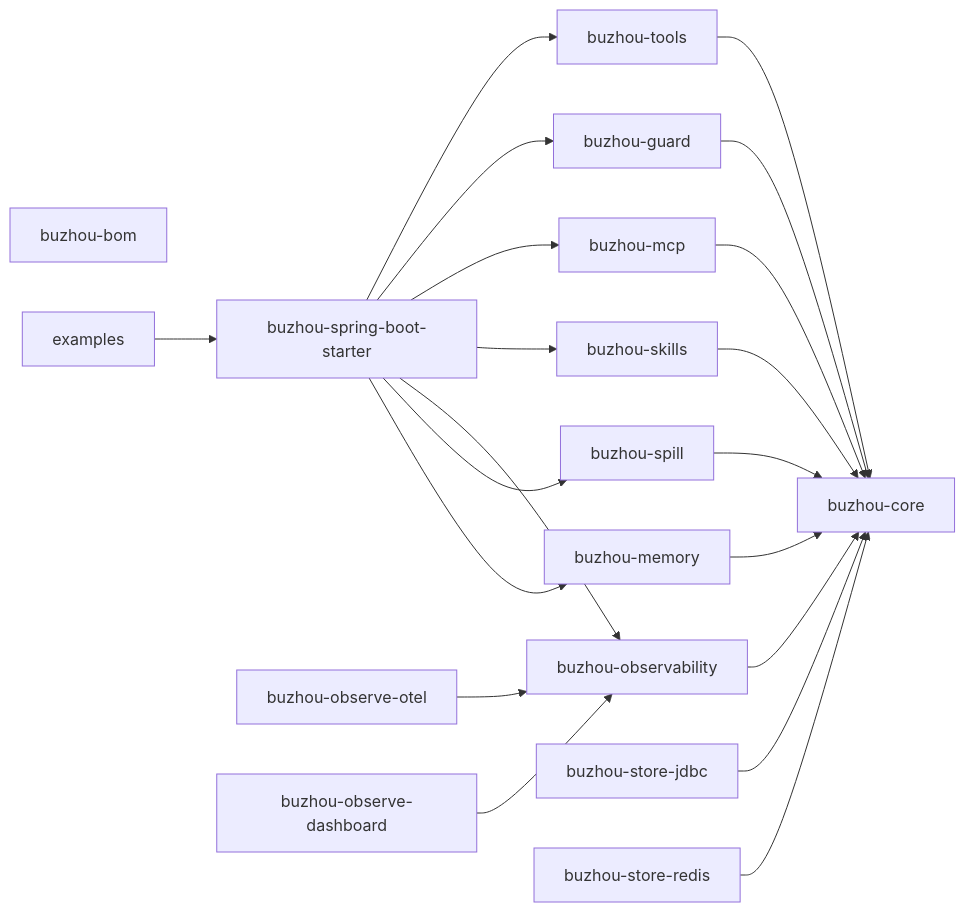
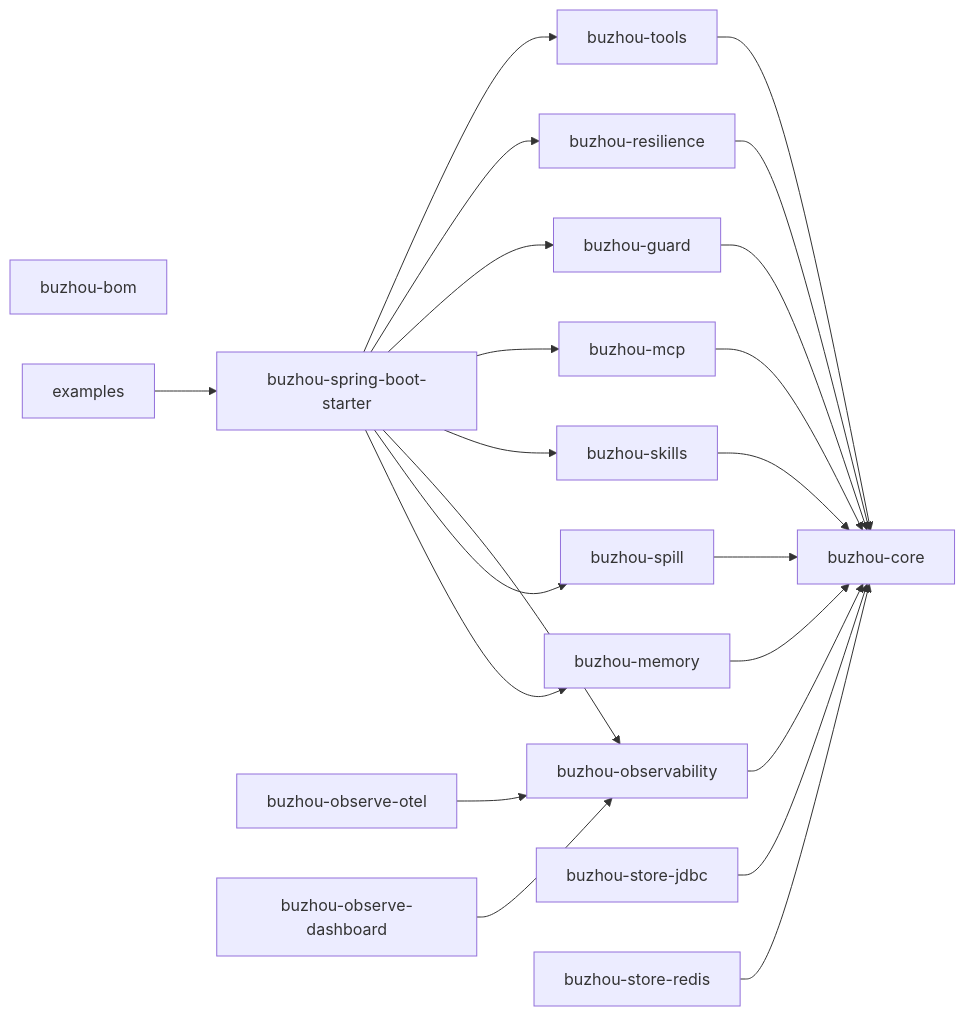
One commit to chyuan-cuihongyuan/spring-ai-mount-buzhou changed the second of 3 diagrams in docs/spec/00-overview.md. Above: the diagram before and after it, drawn with Mermaid. The commit also changed other lines of this file and 11 other files, not shown here.

````diff
--- a/docs/spec/00-overview.md
+++ b/docs/spec/00-overview.md
@@ -68,23 +68,24 @@
 ```mermaid
 flowchart LR
     BOM[buzhou-bom]
     STARTER[buzhou-spring-boot-starter]
     CORE[buzhou-core]
     M[buzhou-memory]
     S[buzhou-spill]
     O[buzhou-observability]
     OT[buzhou-observe-otel]
     D[buzhou-observe-dashboard]
     K[buzhou-skills]
     C[buzhou-mcp]
     G[buzhou-guard]
+    RES[buzhou-resilience]
     T[buzhou-tools]
     J[buzhou-store-jdbc]
     R[buzhou-store-redis]
     E[examples]
-    M & S & O & K & C & G & T --> CORE
+    M & S & O & K & C & G & RES & T --> CORE
     OT & D --> O
     J & R --> CORE
     E --> STARTER
-    STARTER --> M & S & O & K & C & G & T
+    STARTER --> M & S & O & K & C & G & RES & T
 ```
````
